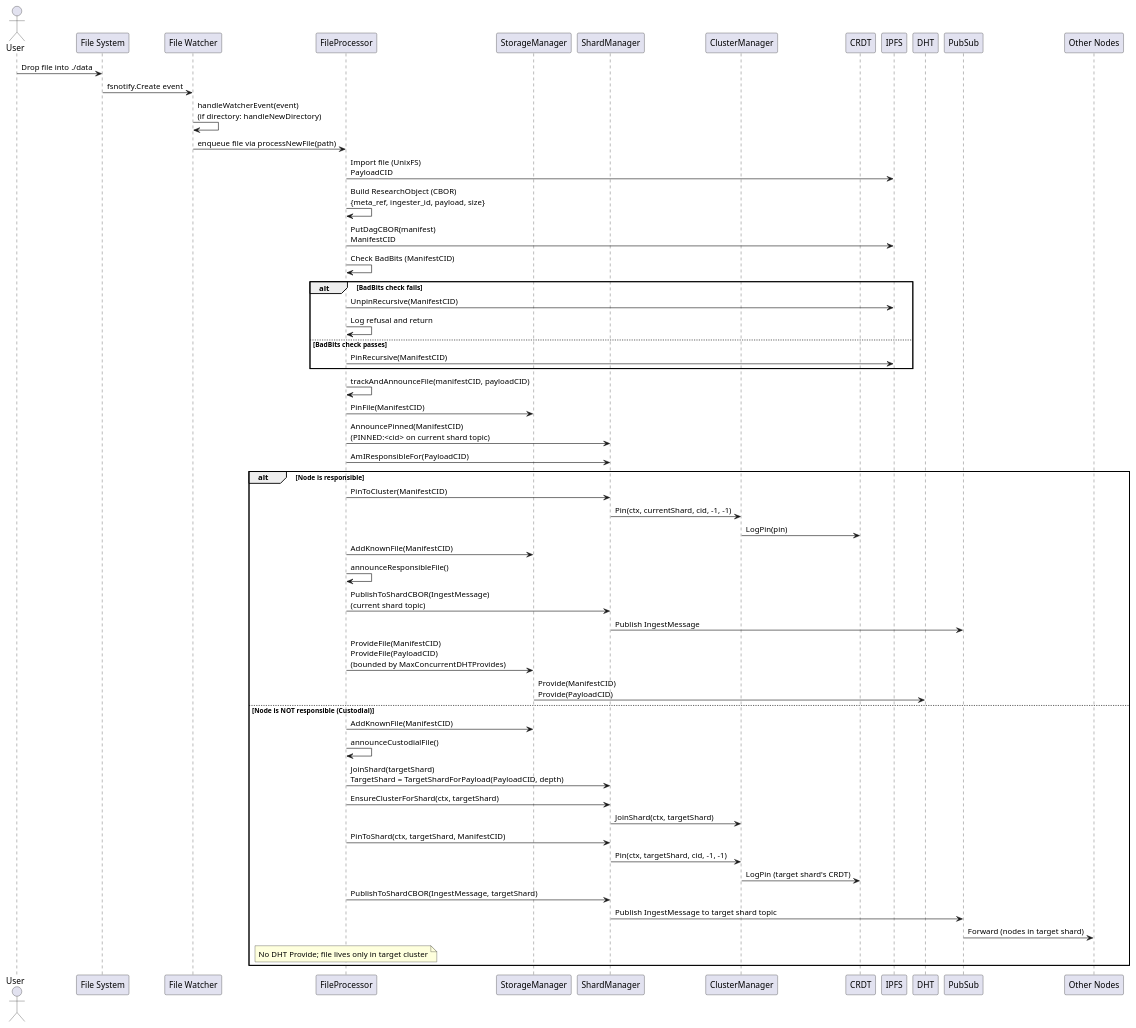
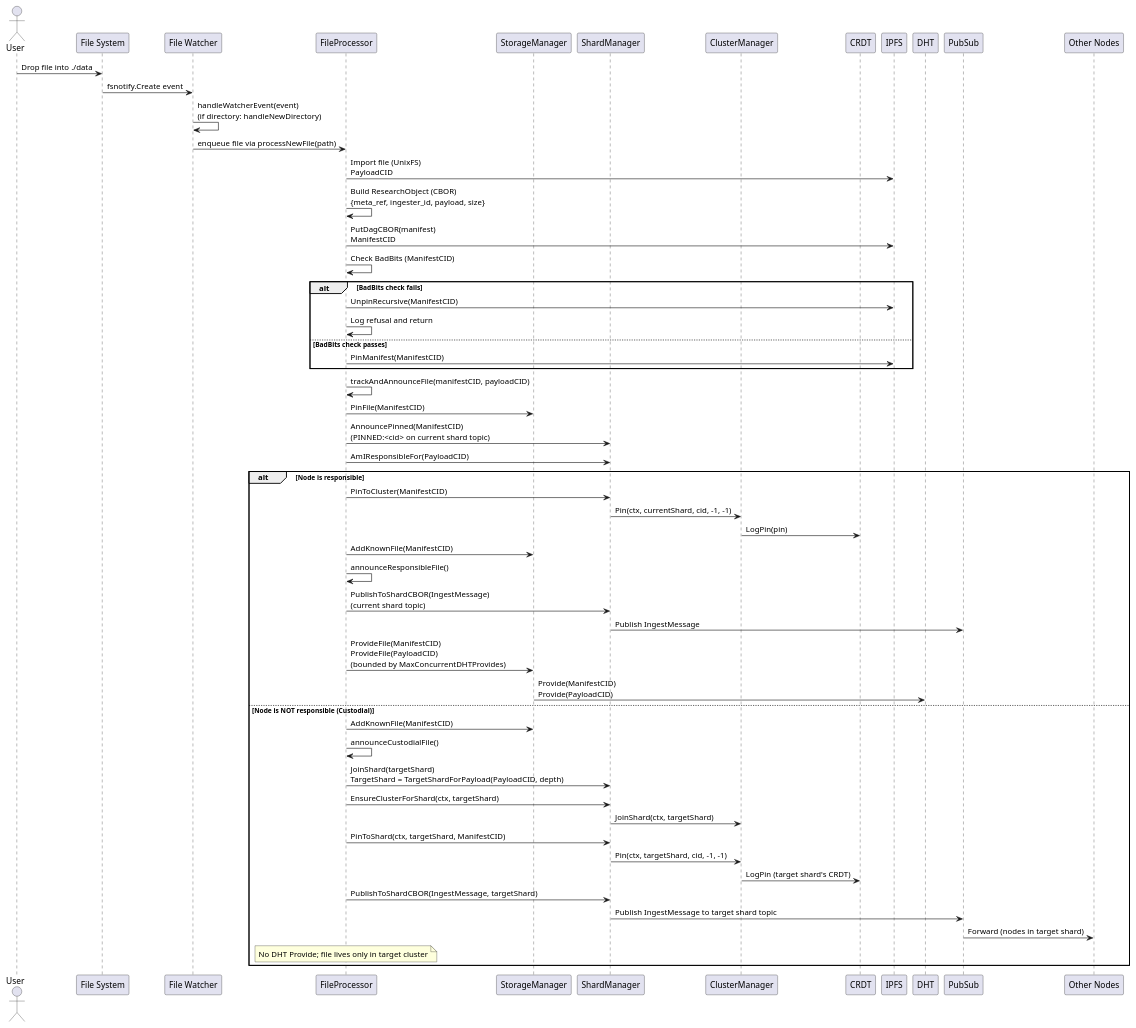
One commit to gipplab/D-LOCKSS changed the diagram in docs/file_ingestion_sequence.puml. Above: the diagram before and after it, drawn with PlantUML. The commit also changed 89 other files, not shown here.

```diff
--- a/docs/file_ingestion_sequence.puml
+++ b/docs/file_ingestion_sequence.puml
@@ -1,62 +1,62 @@
 @startuml File Ingestion Sequence
 
 actor User
 participant "File System" as FS
 participant "File Watcher" as Watcher
 participant "FileProcessor" as FileOps
 participant "StorageManager" as Storage
 participant "ShardManager" as ShardMgr
 participant "ClusterManager" as ClusterMgr
 participant "CRDT" as CRDT
 participant "IPFS" as IPFS
 participant "DHT" as DHT
 participant "PubSub" as PubSub
 participant "Other Nodes" as Nodes
 
 User -> FS: Drop file into ./data
 FS -> Watcher: fsnotify.Create event
 Watcher -> Watcher: handleWatcherEvent(event)\n(if directory: handleNewDirectory)
 Watcher -> FileOps: enqueue file via processNewFile(path)
 
 FileOps -> IPFS: Import file (UnixFS)\nPayloadCID
 FileOps -> FileOps: Build ResearchObject (CBOR)\n{meta_ref, ingester_id, payload, size}
 FileOps -> IPFS: PutDagCBOR(manifest)\nManifestCID
 FileOps -> FileOps: Check BadBits (ManifestCID)
 alt BadBits check fails
     FileOps -> IPFS: UnpinRecursive(ManifestCID)
     FileOps -> FileOps: Log refusal and return
 else BadBits check passes
-    FileOps -> IPFS: PinRecursive(ManifestCID)
+    FileOps -> IPFS: PinManifest(ManifestCID)
 end
 
 FileOps -> FileOps: trackAndAnnounceFile(manifestCID, payloadCID)
 FileOps -> Storage: PinFile(ManifestCID)
 FileOps -> ShardMgr: AnnouncePinned(ManifestCID)\n(PINNED:<cid> on current shard topic)
 FileOps -> ShardMgr: AmIResponsibleFor(PayloadCID)
 
 alt Node is responsible
     FileOps -> ShardMgr: PinToCluster(ManifestCID)
     ShardMgr -> ClusterMgr: Pin(ctx, currentShard, cid, -1, -1)
     ClusterMgr -> CRDT: LogPin(pin)
     FileOps -> Storage: AddKnownFile(ManifestCID)
     FileOps -> FileOps: announceResponsibleFile()
     FileOps -> ShardMgr: PublishToShardCBOR(IngestMessage)\n(current shard topic)
     ShardMgr -> PubSub: Publish IngestMessage
     FileOps -> Storage: ProvideFile(ManifestCID)\nProvideFile(PayloadCID)\n(bounded by MaxConcurrentDHTProvides)
     Storage -> DHT: Provide(ManifestCID)\nProvide(PayloadCID)
 else Node is NOT responsible (Custodial)
     FileOps -> Storage: AddKnownFile(ManifestCID)
     FileOps -> FileOps: announceCustodialFile()
     FileOps -> ShardMgr: JoinShard(targetShard)\nTargetShard = TargetShardForPayload(PayloadCID, depth)
     FileOps -> ShardMgr: EnsureClusterForShard(ctx, targetShard)
     ShardMgr -> ClusterMgr: JoinShard(ctx, targetShard)
     FileOps -> ShardMgr: PinToShard(ctx, targetShard, ManifestCID)
     ShardMgr -> ClusterMgr: Pin(ctx, targetShard, cid, -1, -1)
     ClusterMgr -> CRDT: LogPin (target shard's CRDT)
     FileOps -> ShardMgr: PublishToShardCBOR(IngestMessage, targetShard)
     ShardMgr -> PubSub: Publish IngestMessage to target shard topic
     PubSub -> Nodes: Forward (nodes in target shard)
     Note over FileOps: No DHT Provide; file lives only in target cluster
 end
 
 @enduml
```
